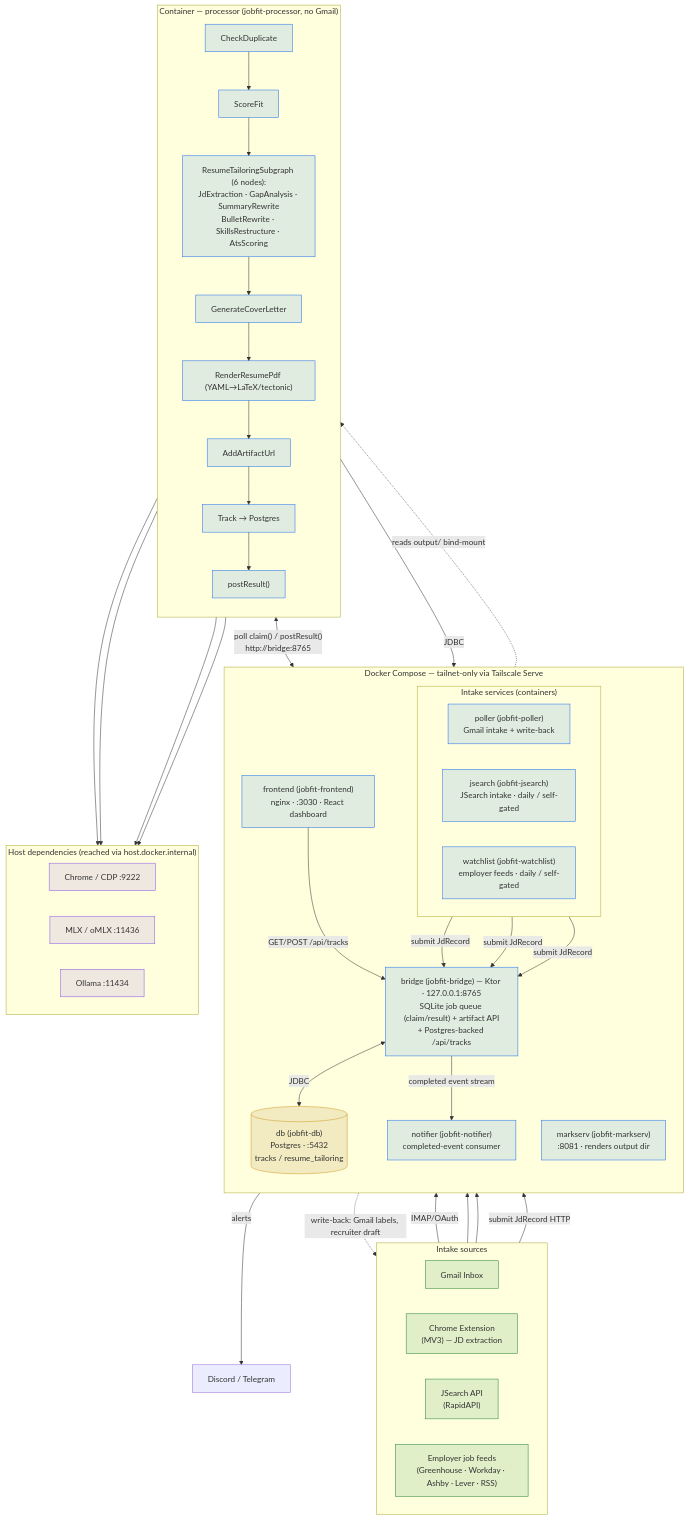
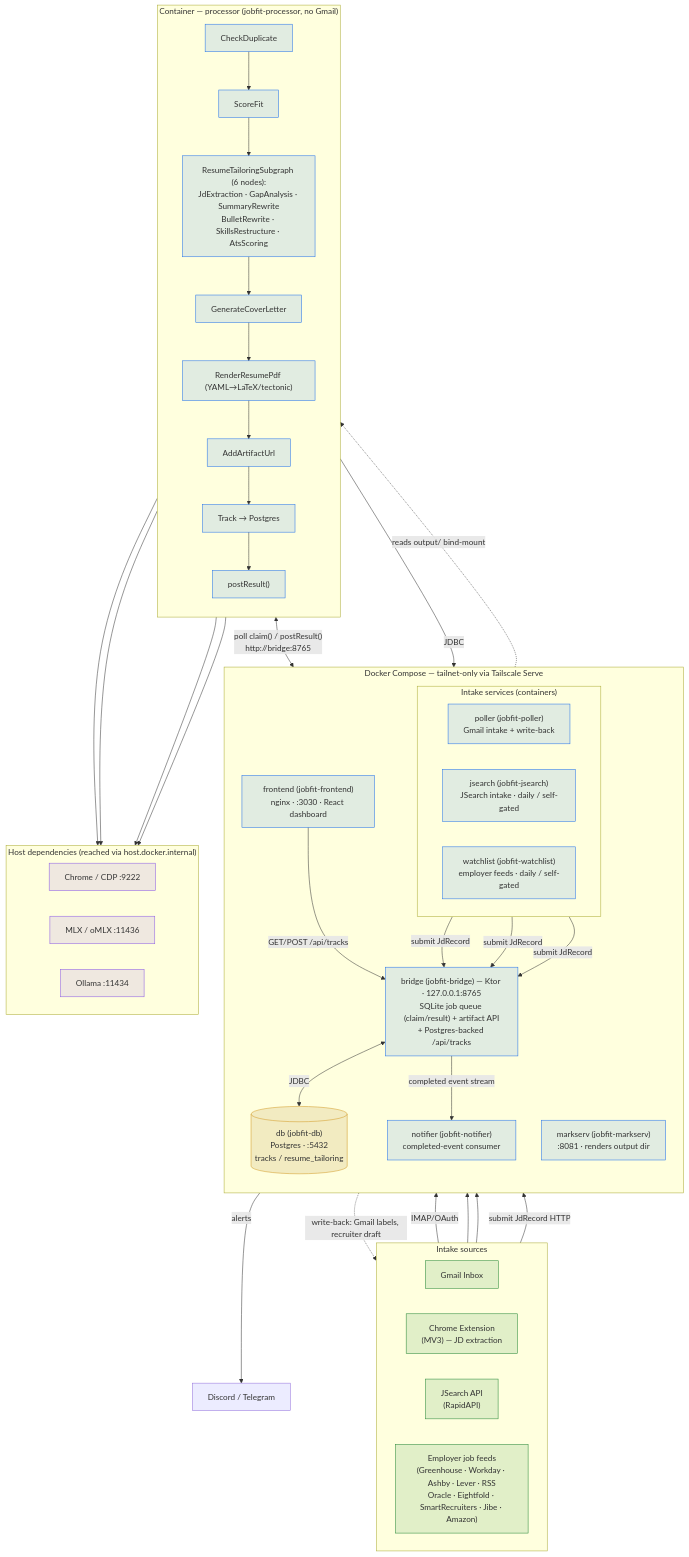
Before and after one commit to dkkyai/job-fit-apply-ai: the diagram in README.md, drawn with Mermaid. The commit also changed 31 other files, not shown here.

First line of the commit message:
feat(watchlist): Oracle HCM, Eightfold, SmartRecruiters, Jibe and Amazon adapters

```diff
--- a/README.md
+++ b/README.md
@@ -18,7 +18,7 @@
         GM["Gmail Inbox"]
         EXT["Chrome Extension<br/>(MV3) — JD extraction"]
         JS_API["JSearch API<br/>(RapidAPI)"]
-        ATS["Employer job feeds<br/>(Greenhouse · Workday · Ashby · Lever · RSS)"]
+        ATS["Employer job feeds<br/>(Greenhouse · Workday · Ashby · Lever · RSS<br/>Oracle · Eightfold · SmartRecruiters · Jibe · Amazon)"]
     end
 
     %% ---------------- Docker Compose ----------------
```
